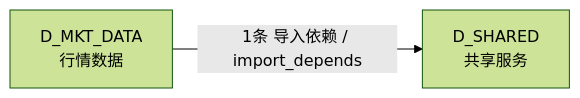
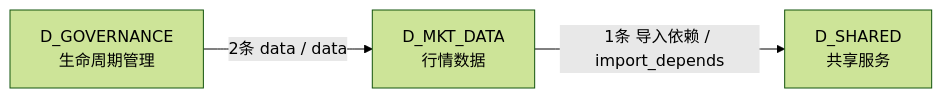
One commit to xuanFelixVan/ZephyrAlpha changed the fourth of 4 diagrams in docs/02_enterprise_architecture/02_domain_architecture_docs/14_d_mkt_data.md. Above: the diagram before and after it, drawn with Mermaid (forest theme). The commit also changed other lines of this file and 100 other files, not shown here.

````diff
--- a/docs/02_enterprise_architecture/02_domain_architecture_docs/14_d_mkt_data.md
+++ b/docs/02_enterprise_architecture/02_domain_architecture_docs/14_d_mkt_data.md
@@ -162,6 +172,8 @@
 ```mermaid
 graph LR
     D_MKT_DATA["D_MKT_DATA<br/>行情数据"]
     D_SHARED["D_SHARED<br/>共享服务"]
+    D_GOVERNANCE["D_GOVERNANCE<br/>生命周期管理"]
     D_MKT_DATA -->|1条 导入依赖 / import_depends| D_SHARED
+    D_GOVERNANCE -->|2条 data / data| D_MKT_DATA
 ```
````
